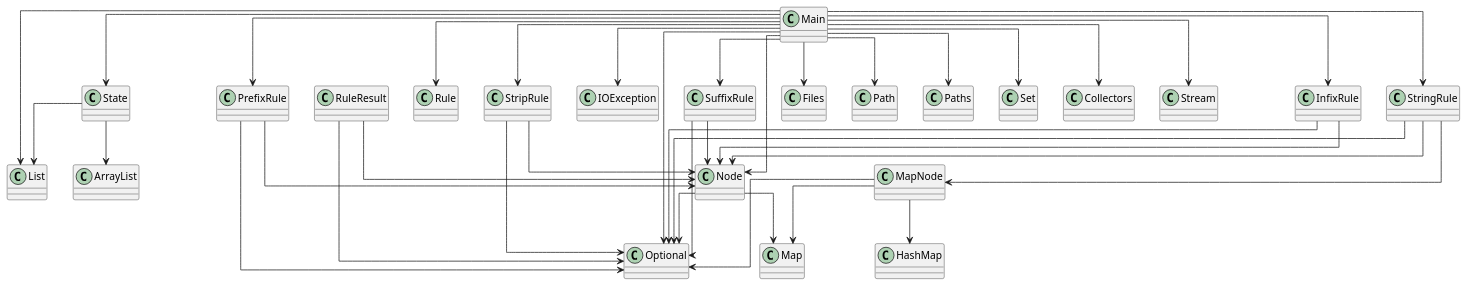
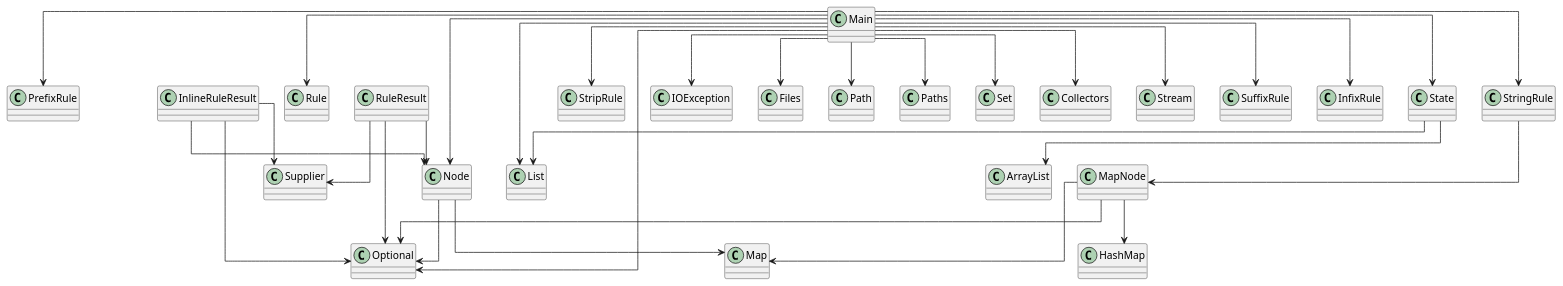
One commit to Magma-Foundation/Magma changed the diagram in diagram.puml. Above: the diagram before and after it, drawn with PlantUML. The commit also changed 9 other files, not shown here.

```diff
--- a/diagram.puml
+++ b/diagram.puml
@@ -1,51 +1,46 @@
 @startuml
 skinparam linetype ortho
 class SuffixRule
-SuffixRule --> Node
-SuffixRule --> Optional
 class InfixRule
-InfixRule --> Node
-InfixRule --> Optional
 class Main
 Main --> Node
 Main --> InfixRule
 Main --> PrefixRule
 Main --> Rule
 Main --> State
 Main --> StringRule
 Main --> StripRule
 Main --> SuffixRule
 Main --> IOException
 Main --> Files
 Main --> Path
 Main --> Paths
 Main --> List
 Main --> Optional
 Main --> Set
 Main --> Collectors
 Main --> Stream
 class Rule
 class Node
 Node --> Map
 Node --> Optional
+class InlineRuleResult
+InlineRuleResult --> Node
+InlineRuleResult --> Optional
+InlineRuleResult --> Supplier
 class MapNode
 MapNode --> HashMap
 MapNode --> Map
 MapNode --> Optional
 class PrefixRule
-PrefixRule --> Node
-PrefixRule --> Optional
 class StringRule
 StringRule --> MapNode
-StringRule --> Node
-StringRule --> Optional
 class StripRule
-StripRule --> Node
-StripRule --> Optional
 class State
 State --> ArrayList
 State --> List
 class RuleResult
 RuleResult --> Node
 RuleResult --> Optional
+RuleResult --> Supplier
 @enduml
```
